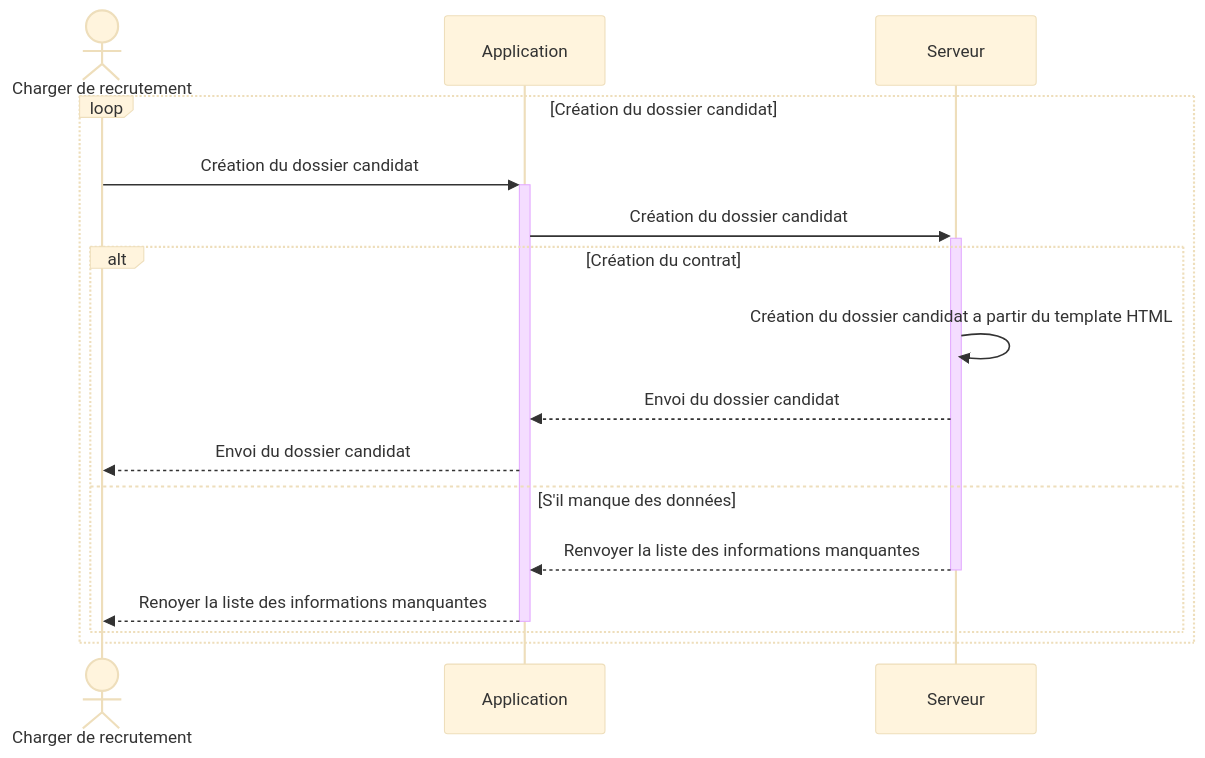
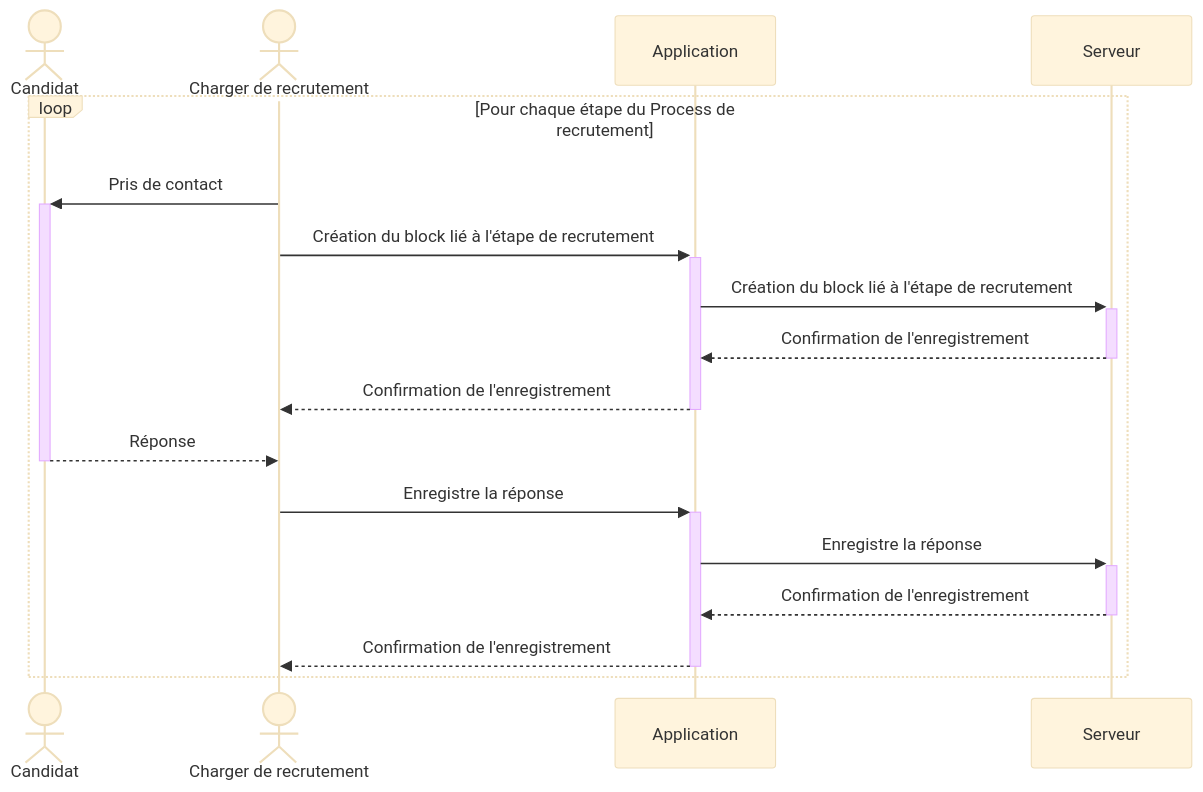
Before and after one commit to QuentinVdr/CompoMetier: the first of 5 diagrams in README.md, drawn with Mermaid (base theme). The commit also changed other lines of this file, not shown here.

Commit message:
✨ Update README.md with candidate dossier creation sequence diagram

````diff
--- a/README.md
+++ b/README.md
@@ -9,18 +9,20 @@
 ```mermaid
 sequenceDiagram
+    actor C as Candidat
     actor CR as Charger de recrutement
     participant Front as Application
     participant Back as Serveur
-    loop Création du dossier candidat
-        CR->>+Front: Création du dossier candidat
-        Front->>+Back: Création du dossier candidat
-        alt Création du contrat
-            Back->>Back: Création du dossier candidat a partir du template HTML
-            Back-->>Front: Envoi du dossier candidat
-            Front-->>CR: Envoi du dossier candidat
-        else S'il manque des données
-            Back-->>-Front: Renvoyer la liste des informations manquantes
-            Front-->>-CR: Renoyer la liste des informations manquantes
-        end
+
+    loop Pour chaque étape du Process de recrutement
+        CR->>+C: Pris de contact
+        CR->>+Front: Création du block lié à l'étape de recrutement
+        Front->>+Back: Création du block lié à l'étape de recrutement
+        Back-->>-Front: Confirmation de l'enregistrement
+        Front-->>-CR: Confirmation de l'enregistrement
+        C-->>-CR: Réponse
+        CR->>+Front: Enregistre la réponse
+        Front->>+Back: Enregistre la réponse
+        Back-->>-Front: Confirmation de l'enregistrement
+        Front-->>-CR: Confirmation de l'enregistrement
     end
 ```
````
